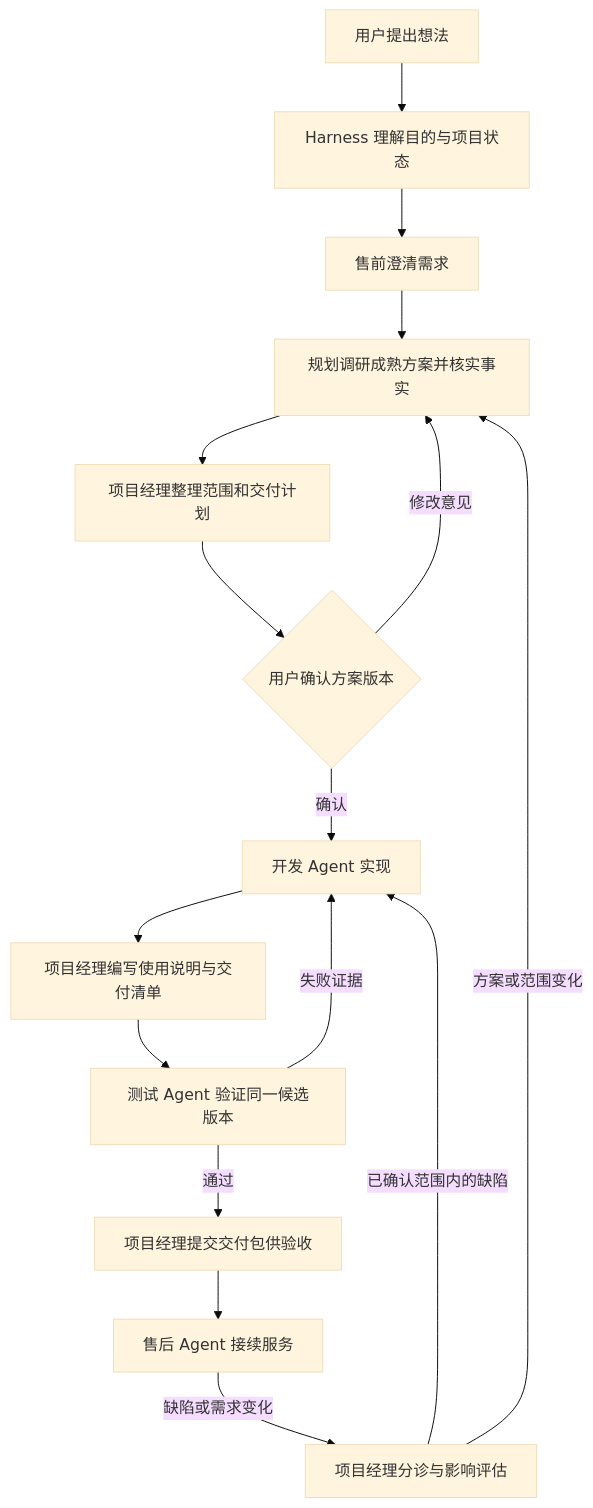
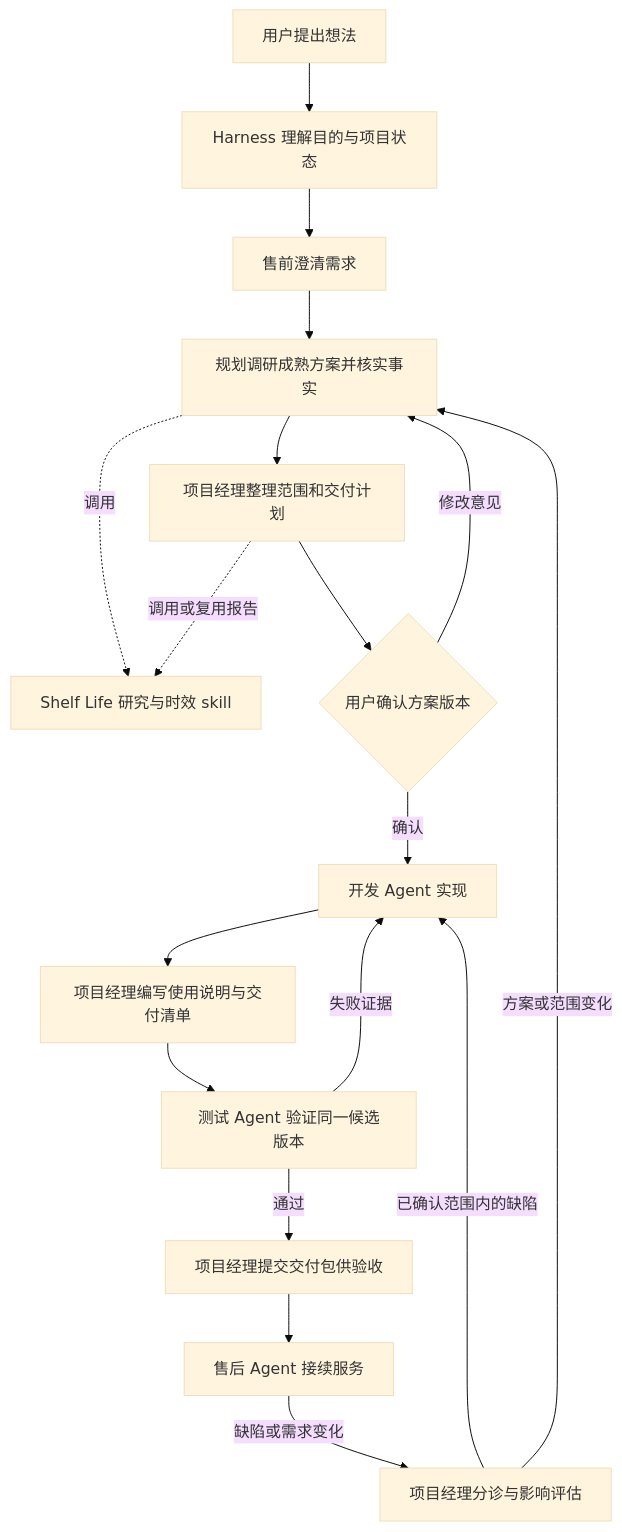
Before and after one commit to luoym525/ShallowSee-Harness: the diagram in docs/WISH-CODING.md, drawn with Mermaid (base theme). The commit also changed other lines of this file and 22 other files, not shown here.

````diff
--- a/docs/WISH-CODING.md
+++ b/docs/WISH-CODING.md
@@ -28,18 +46,20 @@
 ```mermaid
 flowchart TD
     U[用户提出想法] --> H[Harness 理解目的与项目状态]
     H --> P[售前澄清需求]
     P --> A[规划调研成熟方案并核实事实]
+    A -. 调用 .-> SL[Shelf Life 研究与时效 skill]
     A --> M[项目经理整理范围和交付计划]
+    M -. 调用或复用报告 .-> SL
     M --> C{用户确认方案版本}
     C -->|修改意见| A
     C -->|确认| D[开发 Agent 实现]
     D --> DOC[项目经理编写使用说明与交付清单]
     DOC --> T[测试 Agent 验证同一候选版本]
     T -->|失败证据| D
     T -->|通过| DEL[项目经理提交交付包供验收]
     DEL --> S[售后 Agent 接续服务]
     S -->|缺陷或需求变化| TRIAGE[项目经理分诊与影响评估]
     TRIAGE -->|已确认范围内的缺陷| D
     TRIAGE -->|方案或范围变化| A
 ```
````
